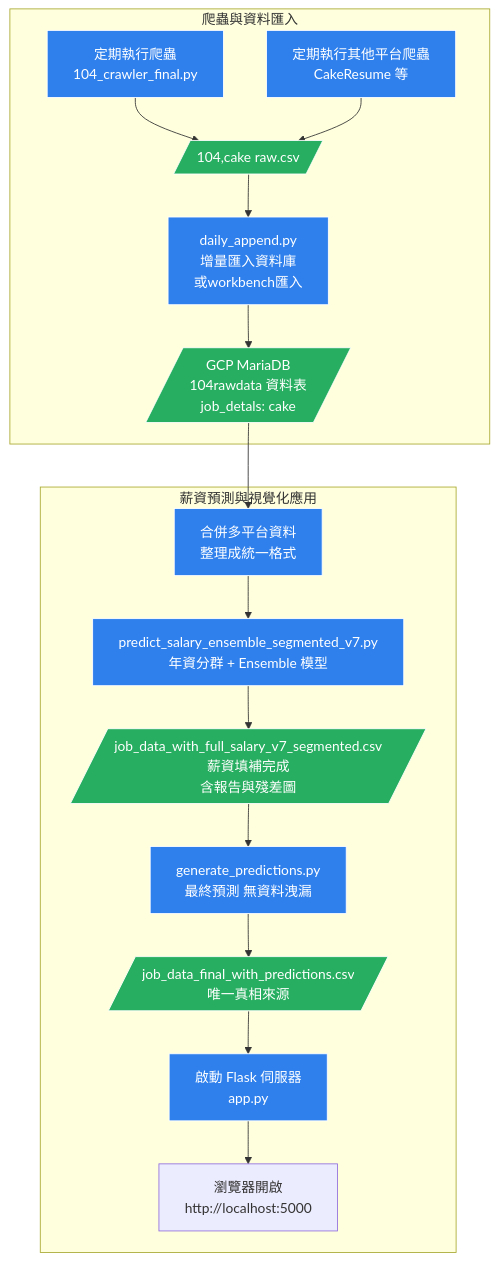
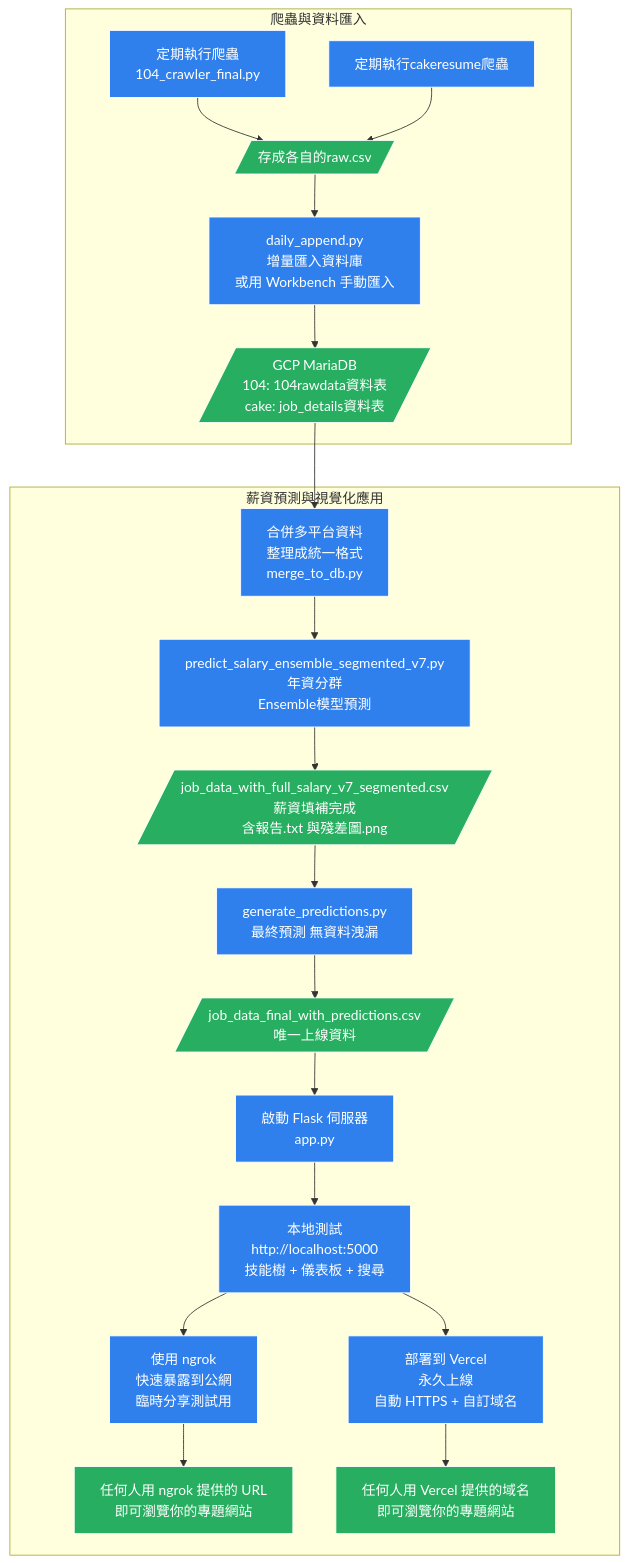
The diagram in 104_jobdata_crawler_final/README.md (DataSideProject/WLS), drawn with Mermaid before and after one commit.

````diff
--- a/104_jobdata_crawler_final/README.md
+++ b/104_jobdata_crawler_final/README.md
@@ -16,28 +16,32 @@
 ```mermaid
 flowchart TD
     subgraph 爬蟲與資料匯入
         A[定期執行爬蟲<br>104_crawler_final.py]
-        AA[定期執行其他平台爬蟲<br>CakeResume 等]
-        A --> B[/104,cake raw.csv/]
+        AA[定期執行cakeresume爬蟲<br>]
+        A --> B[/存成各自的raw.csv<br>/]
         AA --> B
-        B --> C[daily_append.py<br>增量匯入資料庫<br>或workbench匯入]
-        C --> D[/GCP MariaDB<br>104rawdata 資料表<br>job_detals: cake/]
+        B --> C[daily_append.py<br>增量匯入資料庫<br>或用 Workbench 手動匯入]
+        C --> D[/GCP MariaDB<br>104: 104rawdata資料表<br>cake: job_details資料表/]
     end
 
     subgraph 薪資預測與視覺化應用
-        AB[合併多平台資料<br>整理成統一格式]
+        AB[合併多平台資料<br>整理成統一格式<br>merge_to_db.py]
         D --> AB
-        AB --> E[predict_salary_ensemble_segmented_v7.py<br>年資分群 + Ensemble 模型]
-        E --> F[/job_data_with_full_salary_v7_segmented.csv<br>薪資填補完成<br>含報告與殘差圖/]
+        AB --> E[predict_salary_ensemble_segmented_v7.py<br>年資分群<br>Ensemble模型預測]
+        E --> F[/job_data_with_full_salary_v7_segmented.csv<br>薪資填補完成<br>含報告.txt 與殘差圖.png/]
         F --> G[generate_predictions.py<br>最終預測 無資料洩漏]
-        G --> H[/job_data_final_with_predictions.csv<br>唯一真相來源/]
+        G --> H[/job_data_final_with_predictions.csv<br>唯一上線資料/]
         H --> I[啟動 Flask 伺服器<br>app.py]
-        I --> J[瀏覽器開啟<br>http://localhost:5000]
+        I --> J[本地測試<br>http://localhost:5000<br>技能樹 + 儀表板 + 搜尋]
+        J --> K1[使用 ngrok<br>快速暴露到公網<br>臨時分享測試用]
+        J --> K2[部署到 Vercel<br>永久上線<br>自動 HTTPS + 自訂域名]
+        K1 --> L[任何人用 ngrok 提供的 URL<br>即可瀏覽你的專題網站]
+        K2 --> M[任何人用 Vercel 提供的域名<br>即可瀏覽你的專題網站]
     end
 
     classDef process fill:#2F80ED,stroke:#fff,color:#fff
     classDef file fill:#27AE60,stroke:#fff,color:#fff
 
-    class A,AA,AB,C,E,G,I process
-    class B,D,F,H file
+    class A,AA,AB,C,E,G,I,J,K1,K2 process
+    class B,D,F,H,L,M file
 ```
````
